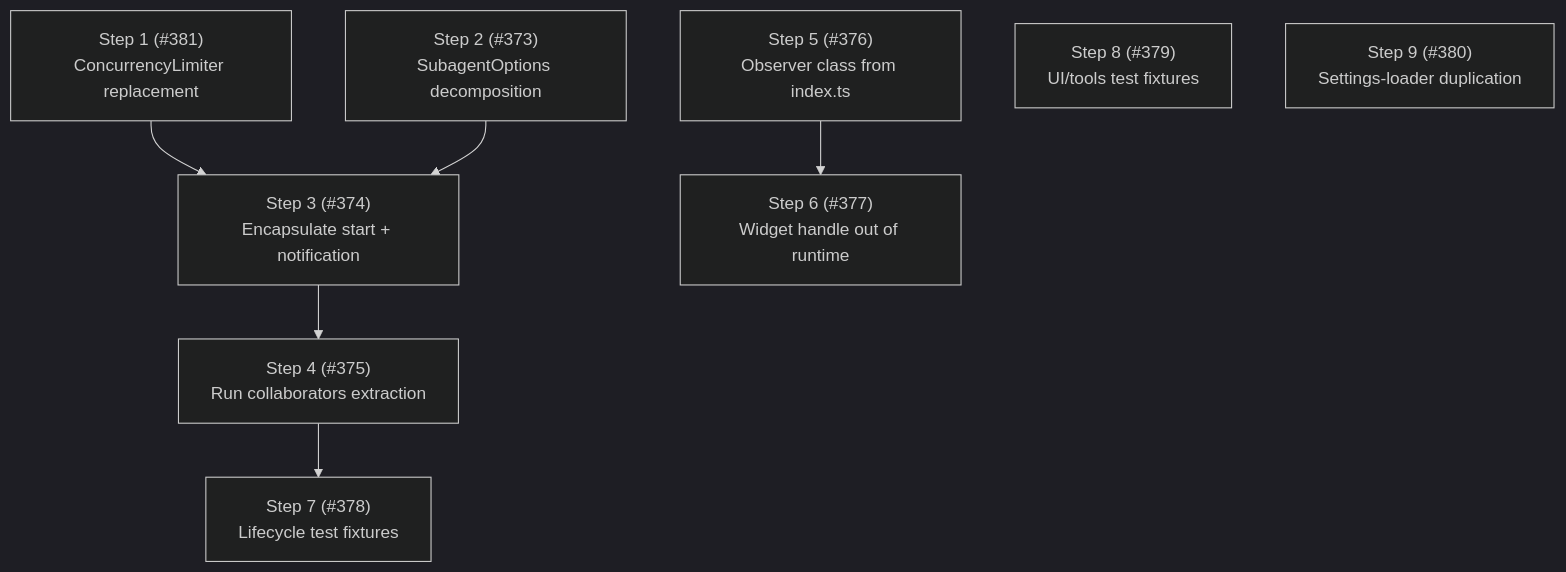
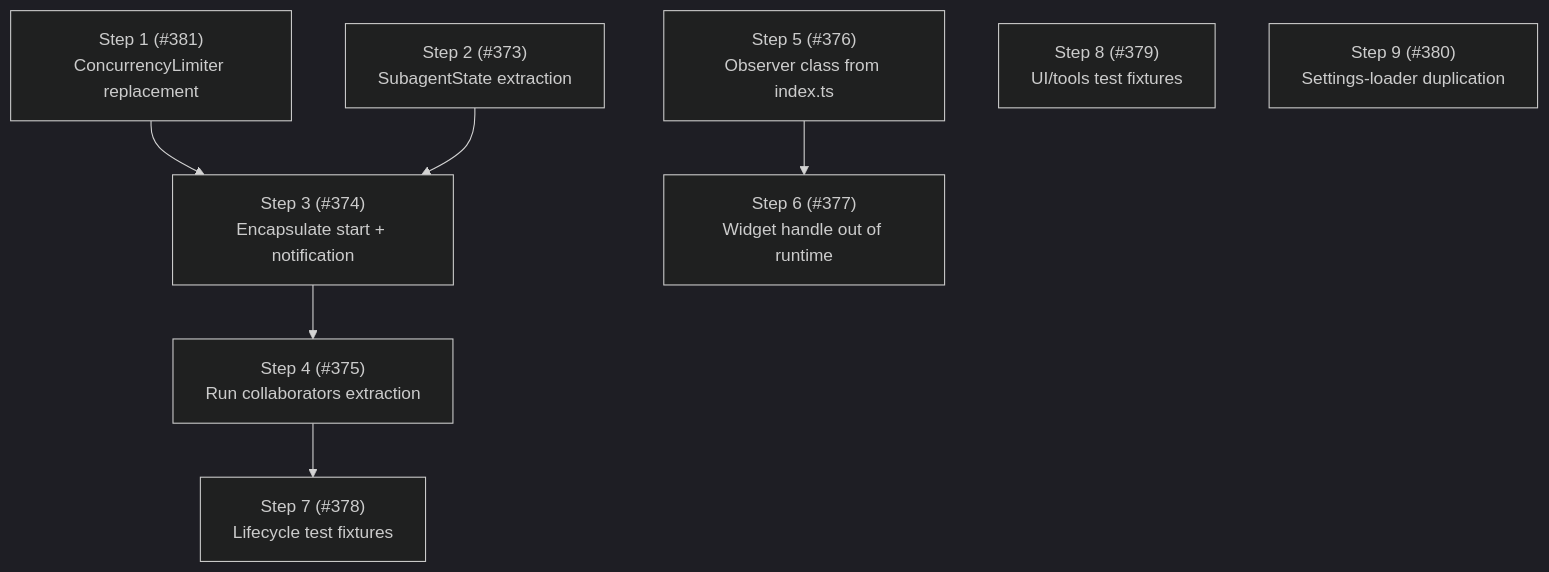
One commit to NicoSenerman/pi-packages changed the sixth of 6 diagrams in packages/pi-subagents/docs/architecture/architecture.md. Above: the diagram before and after it, drawn with Mermaid (dark theme). The commit also changed other lines of this file and 2 other files, not shown here.

````diff
--- a/packages/pi-subagents/docs/architecture/architecture.md
+++ b/packages/pi-subagents/docs/architecture/architecture.md
@@ -890,18 +983,18 @@
 ```mermaid
 flowchart TB
     S1["Step 1 (#381)<br/>ConcurrencyLimiter replacement"]
-    S2["Step 2 (#373)<br/>SubagentOptions decomposition"]
+    S2["Step 2 (#373)<br/>SubagentState extraction"]
     S3["Step 3 (#374)<br/>Encapsulate start + notification"]
     S4["Step 4 (#375)<br/>Run collaborators extraction"]
     S5["Step 5 (#376)<br/>Observer class from index.ts"]
     S6["Step 6 (#377)<br/>Widget handle out of runtime"]
     S7["Step 7 (#378)<br/>Lifecycle test fixtures"]
     S8["Step 8 (#379)<br/>UI/tools test fixtures"]
     S9["Step 9 (#380)<br/>Settings-loader duplication"]
 
     S1 --> S3
     S2 --> S3
     S3 --> S4
     S4 --> S7
     S5 --> S6
 ```
````
